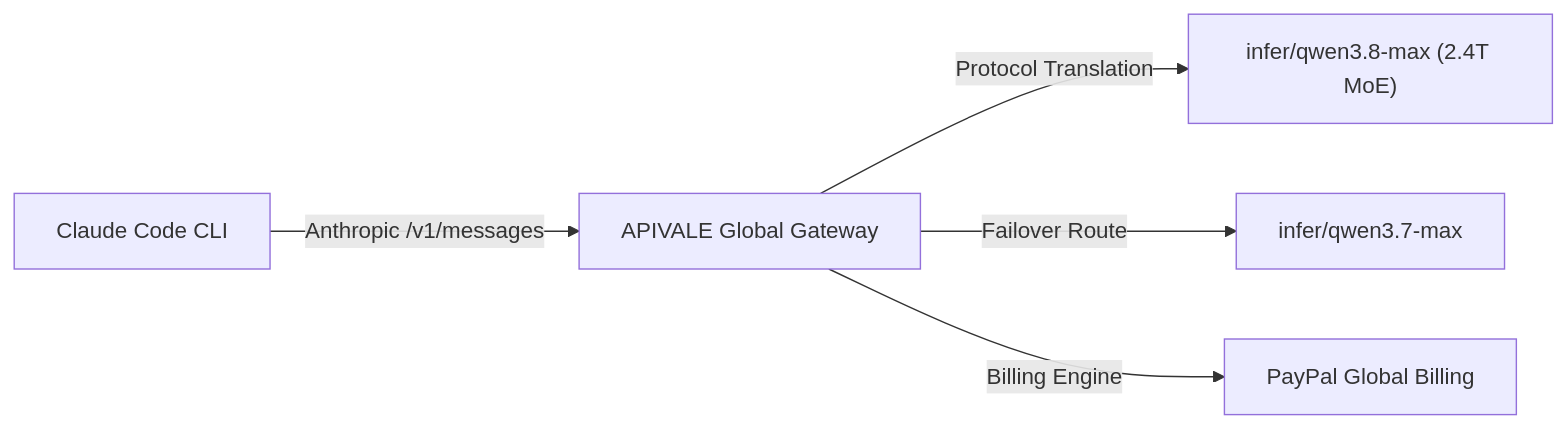
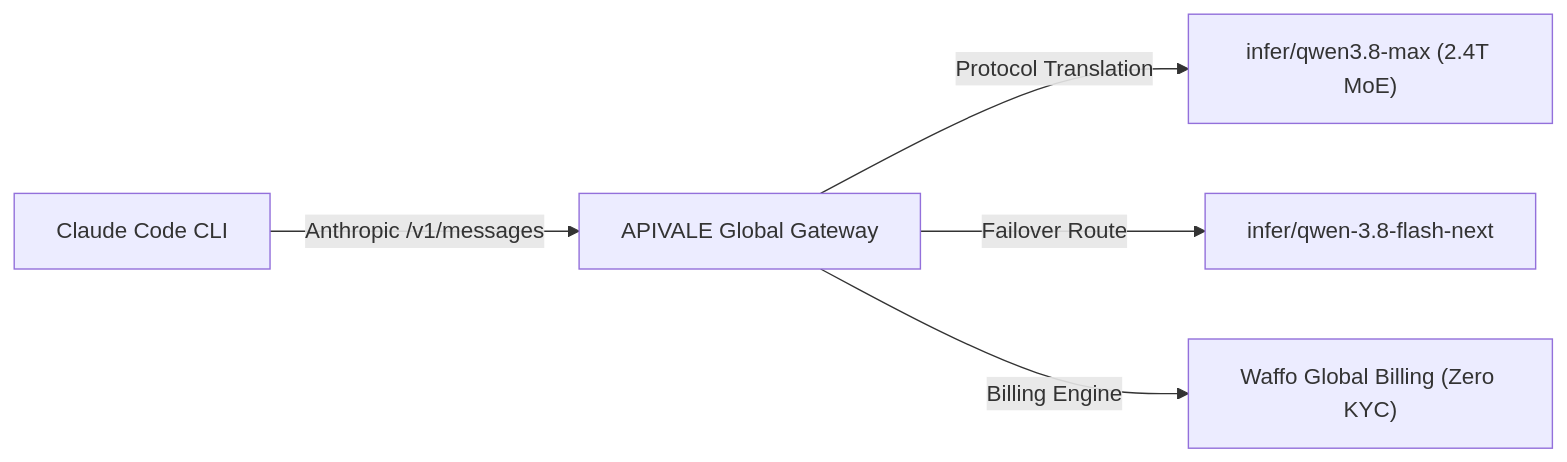
Before and after one commit to bshx2024/apivel_blog: the diagram in src/content/blog/how-to-connect-qwen-3-8-to-claude-code-cli.md, drawn with Mermaid. The commit also changed other lines of this file and 1 other file, not shown here.

Commit message:
feat(seo): weave bidirectional internal links into Qwen cluster pointing to Qwen 3.8 Flash Next guide

````diff
--- a/src/content/blog/how-to-connect-qwen-3-8-to-claude-code-cli.md
+++ b/src/content/blog/how-to-connect-qwen-3-8-to-claude-code-cli.md
@@ -65,7 +65,7 @@
 ```mermaid
 graph LR
     A["Claude Code CLI"] -->|Anthropic /v1/messages| B["APIVALE Global Gateway"]
     B -->|Protocol Translation| C["infer/qwen3.8-max (2.4T MoE)"]
-    B -->|Failover Route| D["infer/qwen3.7-max"]
-    B -->|Billing Engine| E["PayPal Global Billing"]
+    B -->|Failover Route| D["infer/qwen-3.8-flash-next"]
+    B -->|Billing Engine| E["Waffo Global Billing (Zero KYC)"]
 ```
````
